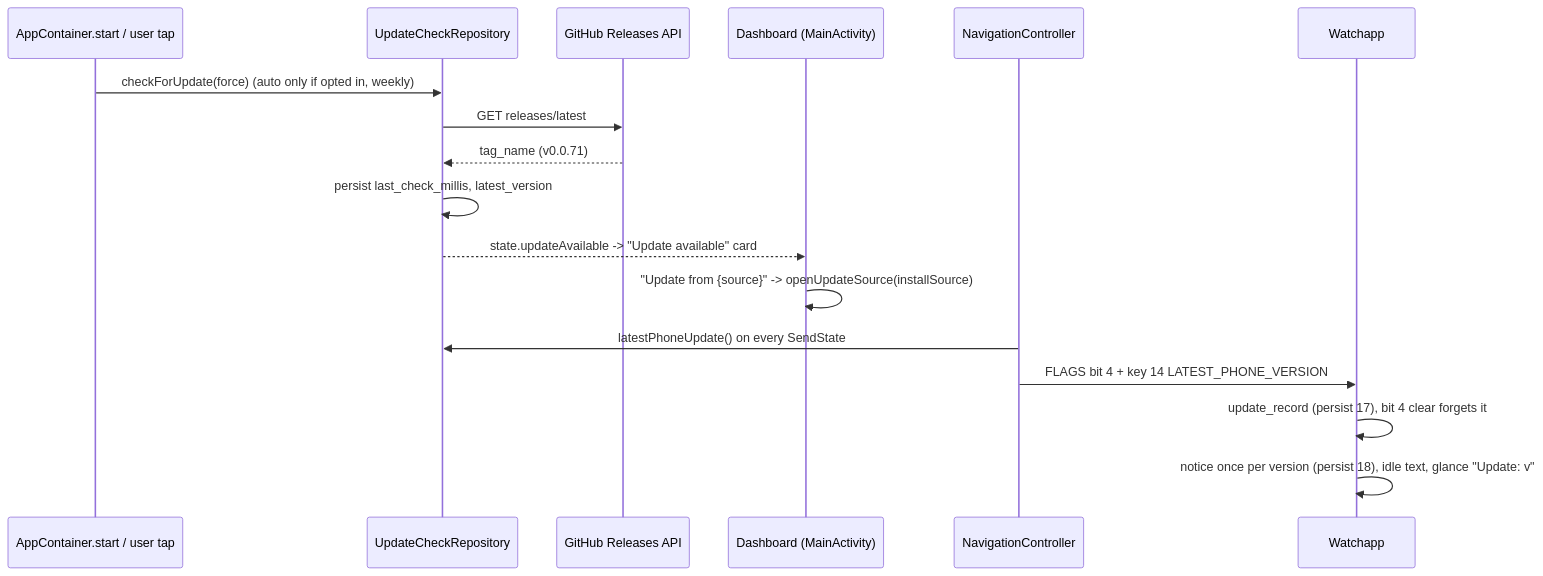
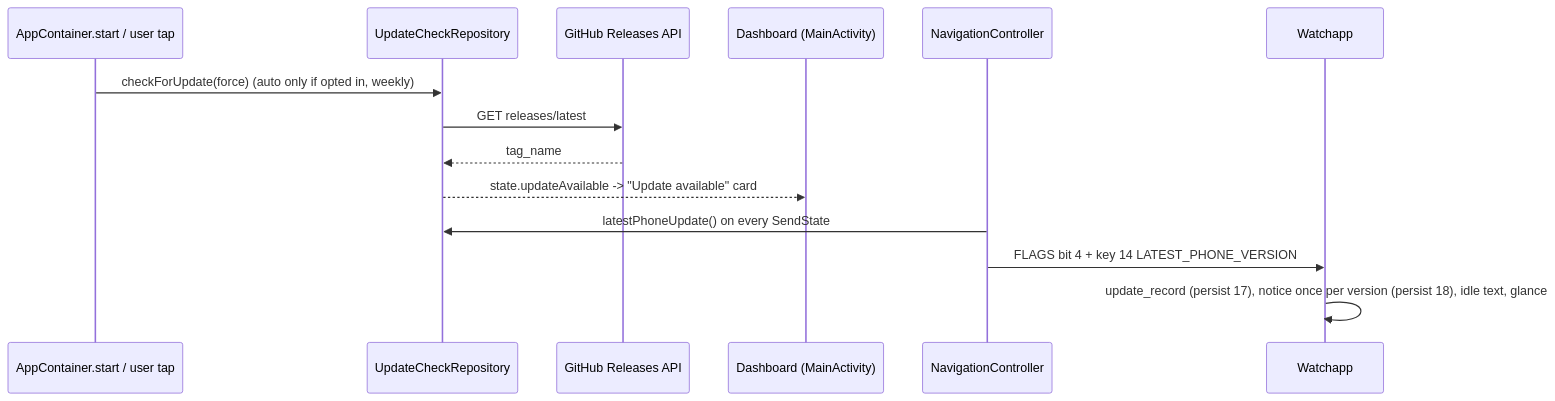
Diagram 11 of 12 in aidlc/spaces/default/codekb/PebbleNTN/architecture.md (optio/PebbleNTN), drawn with Mermaid before and after one commit. The commit also changed other lines of this file and 101 other files, not shown here.

````diff
--- a/aidlc/spaces/default/codekb/PebbleNTN/architecture.md
+++ b/aidlc/spaces/default/codekb/PebbleNTN/architecture.md
@@ -341,19 +330,16 @@
 ```mermaid
 sequenceDiagram
   participant U as AppContainer.start / user tap
   participant UCR as UpdateCheckRepository
   participant GH as GitHub Releases API
   participant D as Dashboard (MainActivity)
   participant C as NavigationController
   participant W as Watchapp
   U->>UCR: checkForUpdate(force) (auto only if opted in, weekly)
   UCR->>GH: GET releases/latest
-  GH-->>UCR: tag_name (v0.0.71)
-  UCR->>UCR: persist last_check_millis, latest_version
+  GH-->>UCR: tag_name
   UCR-->>D: state.updateAvailable -> "Update available" card
-  D->>D: "Update from {source}" -> openUpdateSource(installSource)
   C->>UCR: latestPhoneUpdate() on every SendState
   C->>W: FLAGS bit 4 + key 14 LATEST_PHONE_VERSION
-  W->>W: update_record (persist 17), bit 4 clear forgets it
-  W->>W: notice once per version (persist 18), idle text, glance "Update: v"
+  W->>W: update_record (persist 17), notice once per version (persist 18), idle text, glance
 ```
````
